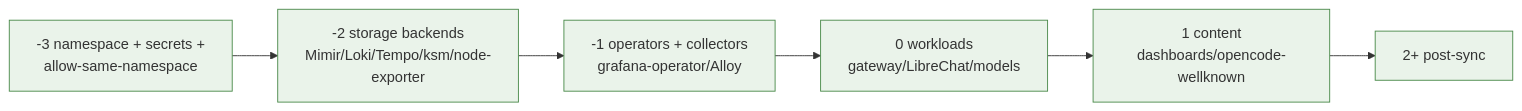
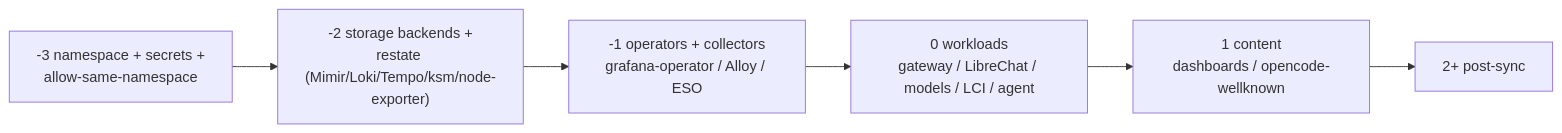
Before and after one commit to ADORSYS-GIS/ai-helm: the ninth of 10 diagrams in docs/arc42.md, drawn with Mermaid. The commit also changed other lines of this file, not shown here.

First line of the commit message:
docs(arc42): refresh to continuous-delivery steady state; uncolor + add diagrams

````diff
--- a/docs/arc42.md
+++ b/docs/arc42.md
@@ -264,5 +350,8 @@
 ```mermaid
 flowchart LR
-    A["-3 namespace + secrets +<br/>allow-same-namespace"]:::w --> B["-2 storage backends<br/>Mimir/Loki/Tempo/ksm/node-exporter"]:::w --> C["-1 operators + collectors<br/>grafana-operator/Alloy"]:::w --> D["0 workloads<br/>gateway/LibreChat/models"]:::w --> E["1 content<br/>dashboards/opencode-wellknown"]:::w --> F["2+ post-sync"]:::w
-    classDef w fill:#eaf3ea,stroke:#4a8a4a;
+    A["-3 namespace + secrets +<br/>allow-same-namespace"] --> B["-2 storage backends +<br/>restate (Mimir/Loki/Tempo/ksm/node-exporter)"]
+    B --> C["-1 operators + collectors<br/>grafana-operator / Alloy / ESO"]
+    C --> D["0 workloads<br/>gateway / LibreChat / models / LCI / agent"]
+    D --> E["1 content<br/>dashboards / opencode-wellknown"]
+    E --> F["2+ post-sync"]
 ```
````
